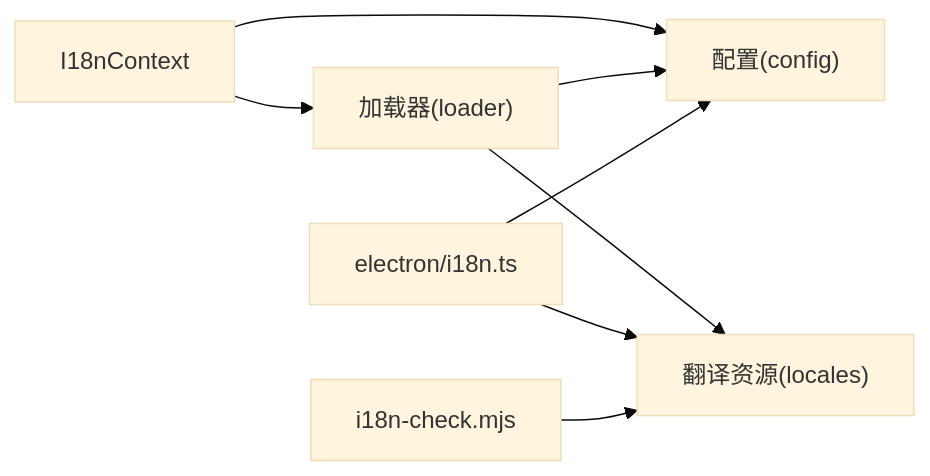
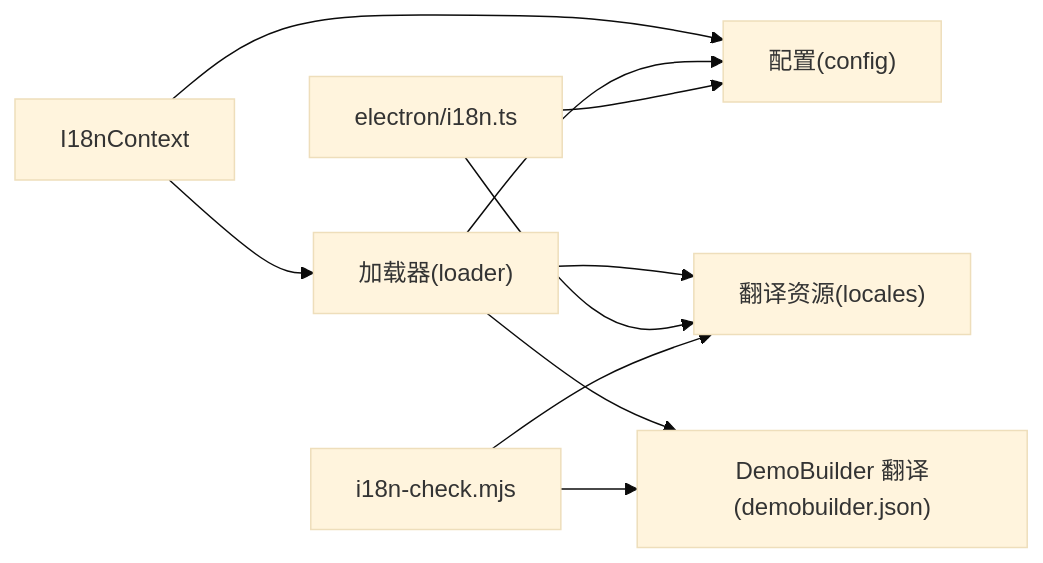
The sixth of 6 diagrams in .qoder/repowiki/zh/content/国际化系统.md (zhanggmin/openscreen), drawn with Mermaid (base theme) before and after one commit. The commit also changed other lines of this file and 87 other files, not shown here.

````diff
--- a/.qoder/repowiki/zh/content/国际化系统.md
+++ b/.qoder/repowiki/zh/content/国际化系统.md
@@ -277,10 +382,12 @@
 ```mermaid
 graph LR
 Ctx["I18nContext"] --> Cfg["配置(config)"]
 Ctx --> Ldr["加载器(loader)"]
 Ldr --> Cfg
 Ldr --> Res["翻译资源(locales)"]
+Ldr --> DB["DemoBuilder 翻译(demobuilder.json)"]
 Main["electron/i18n.ts"] --> Res
 Main --> Cfg
 Check["i18n-check.mjs"] --> Res
+Check --> DB
 ```
````
